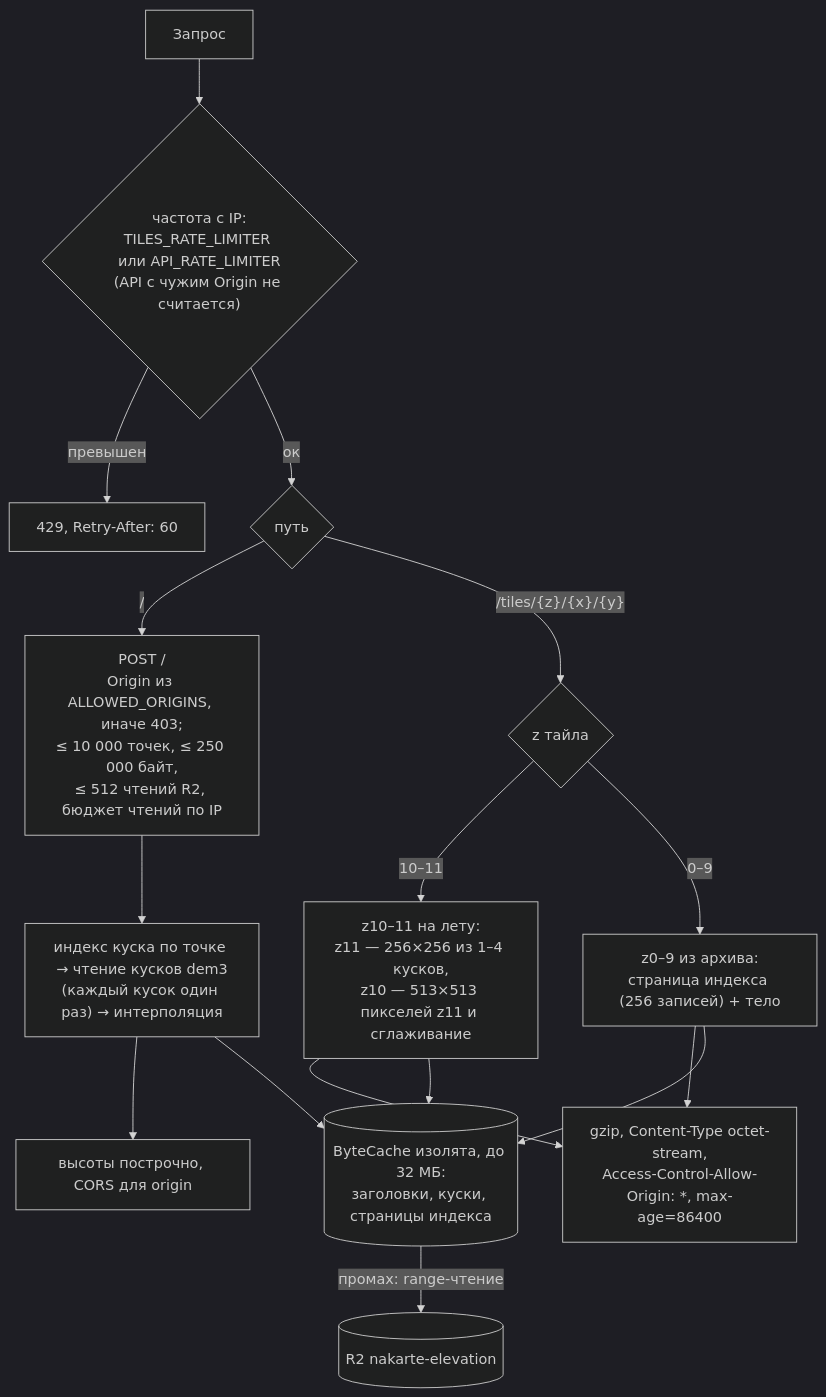
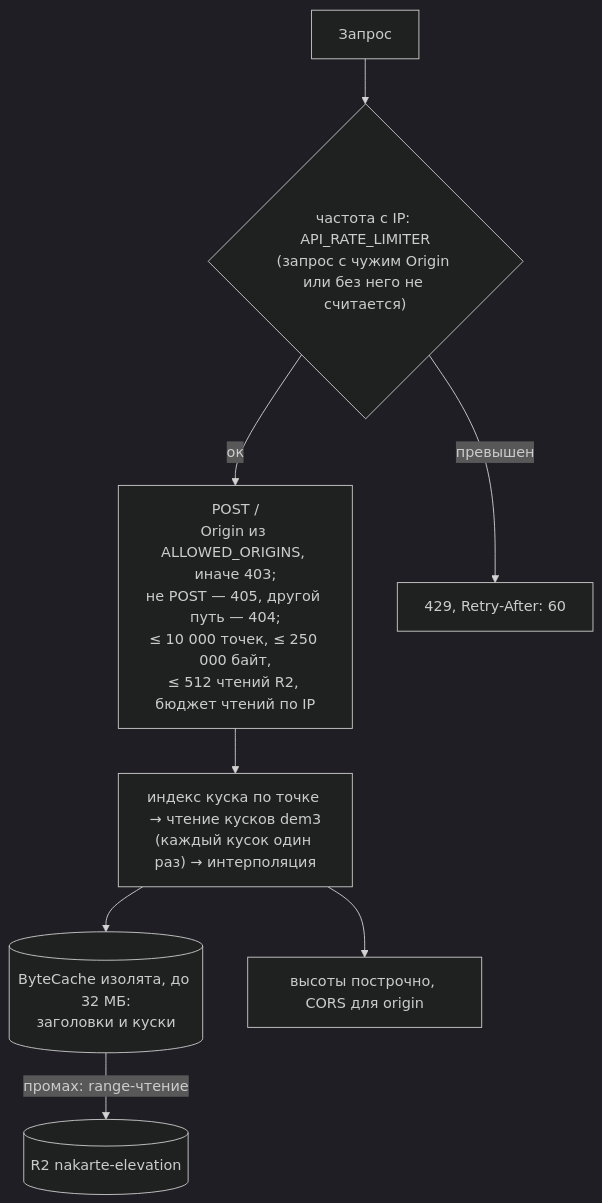
One commit to sergeycw/nakarte changed the third of 3 diagrams in docs/architecture/elevation.md. Above: the diagram before and after it, drawn with Mermaid (dark theme). The commit also changed other lines of this file and 10 other files, not shown here.

First line of the commit message:
describe workers without elevation tiles and old origins

````diff
--- a/docs/architecture/elevation.md
+++ b/docs/architecture/elevation.md
@@ -50,28 +44,17 @@
 ```mermaid
 flowchart TD
     req["Запрос"]
-    rl{"частота с IP:<br/>TILES_RATE_LIMITER или API_RATE_LIMITER<br/>(API с чужим Origin не считается)"}
-    path{"путь"}
-    api["POST /<br/>Origin из ALLOWED_ORIGINS, иначе 403;<br/>≤ 10 000 точек, ≤ 250 000 байт,<br/>≤ 512 чтений R2, бюджет чтений по IP"]
+    rl{"частота с IP: API_RATE_LIMITER<br/>(запрос с чужим Origin или без него не считается)"}
+    api["POST /<br/>Origin из ALLOWED_ORIGINS, иначе 403;<br/>не POST — 405, другой путь — 404;<br/>≤ 10 000 точек, ≤ 250 000 байт,<br/>≤ 512 чтений R2, бюджет чтений по IP"]
     pts["индекс куска по точке → чтение кусков dem3<br/>(каждый кусок один раз) → интерполяция"]
-    zoom{"z тайла"}
-    live["z10–11 на лету:<br/>z11 — 256×256 из 1–4 кусков,<br/>z10 — 513×513 пикселей z11 и сглаживание"]
-    arch["z0–9 из архива:<br/>страница индекса (256 записей) + тело"]
-    cache[("ByteCache изолята, до 32 МБ:<br/>заголовки, куски, страницы индекса")]
+    cache[("ByteCache изолята, до 32 МБ:<br/>заголовки и куски")]
     r2[("R2 nakarte-elevation")]
-    tileresp["gzip, Content-Type octet-stream,<br/>Access-Control-Allow-Origin: *, max-age=86400"]
     apiresp["высоты построчно, CORS для origin"]
     r429["429, Retry-After: 60"]
 
     req --> rl
     rl -->|"превышен"| r429
-    rl -->|"ок"| path
-    path -->|"/"| api --> pts --> apiresp
-    path -->|"/tiles/{z}/{x}/{y}"| zoom
-    zoom -->|"10–11"| live --> tileresp
-    zoom -->|"0–9"| arch --> tileresp
+    rl -->|"ок"| api --> pts --> apiresp
     pts --> cache
-    live --> cache
-    arch --> cache
     cache -->|"промах: range-чтение"| r2
 ```
````
